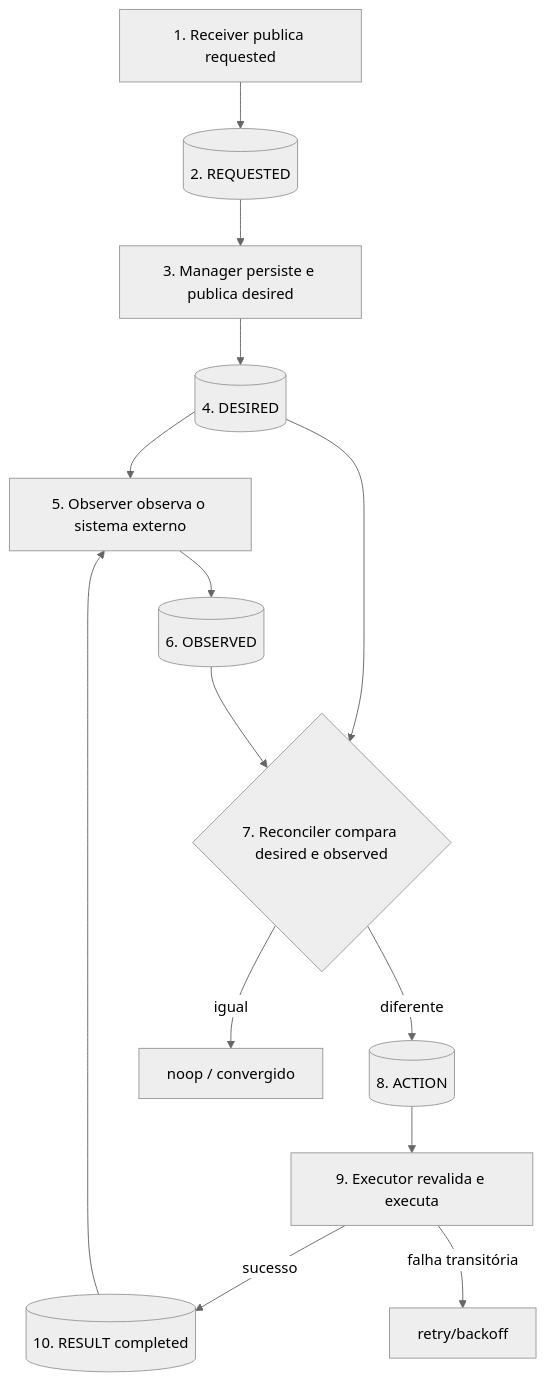
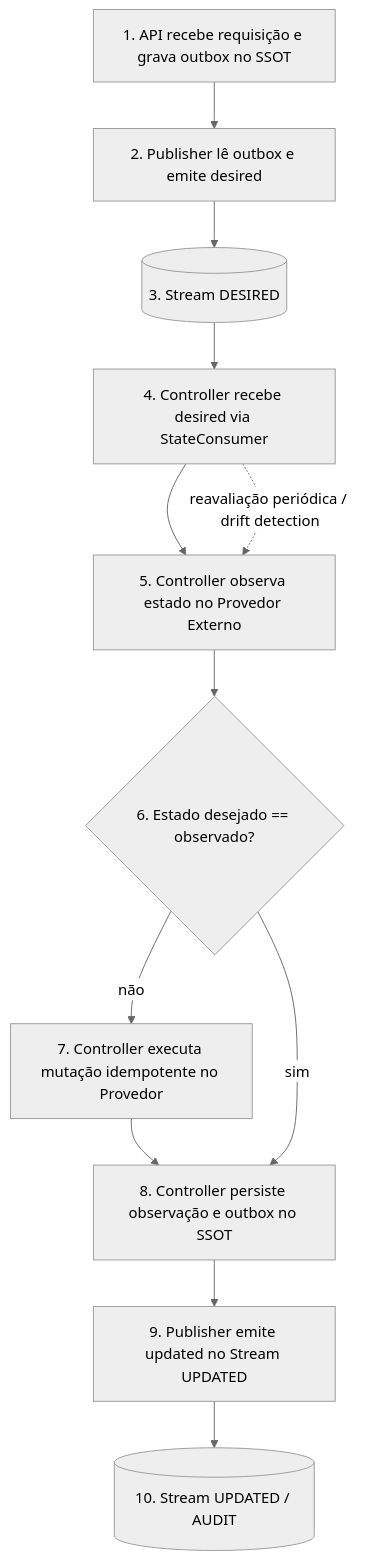
The fifth of 5 diagrams in docs/messaging/NATS.md (danielsabatini/smarkee), drawn with Mermaid (neutral theme) before and after one commit. The commit also changed other lines of this file, not shown here.

Commit message:
docs(messaging): atualiza NATS.md para subjects de 4 tokens, 3 streams e papéis api/publisher/controller

````diff
--- a/docs/messaging/NATS.md
+++ b/docs/messaging/NATS.md
@@ -926,16 +774,14 @@
 ```mermaid
 graph TD
-    A[1. Receiver publica requested] --> B[(2. REQUESTED)]
-    B --> C[3. Manager persiste e publica desired]
-    C --> D[(4. DESIRED)]
-    D --> E[5. Observer observa o sistema externo]
-    E --> F[(6. OBSERVED)]
-    D --> G{7. Reconciler compara desired e observed}
-    F --> G
-    G -->|diferente| H[(8. ACTION)]
-    H --> I[9. Executor revalida e executa]
-    I -->|sucesso| J[(10. RESULT completed)]
-    I -->|falha transitória| K[retry/backoff]
-    J --> E
-    G -->|igual| L[noop / convergido]
+    A[1. API recebe requisição e grava outbox no SSOT] --> B[2. Publisher lê outbox e emite desired]
+    B --> C[(3. Stream DESIRED)]
+    C --> D[4. Controller recebe desired via StateConsumer]
+    D --> E[5. Controller observa estado no Provedor Externo]
+    E --> F{6. Estado desejado == observado?}
+    F -->|não| G[7. Controller executa mutação idempotente no Provedor]
+    G --> H[8. Controller persiste observação e outbox no SSOT]
+    F -->|sim| H
+    H --> I[9. Publisher emite updated no Stream UPDATED]
+    I --> J[(10. Stream UPDATED / AUDIT)]
+    D -.->|reavaliação periódica / drift detection| E
 ```
````
